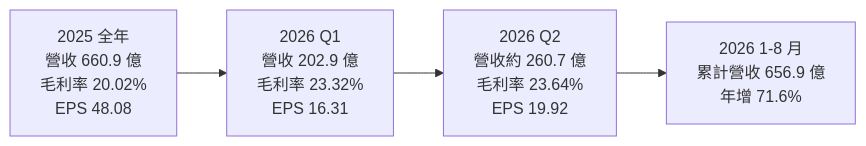
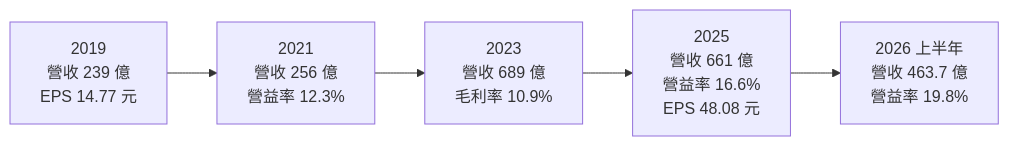
The third of 4 diagrams in 個股/台股/2404漢唐.md (wangnick1004/taiwan-stock-vault), drawn with Mermaid before and after one commit. The commit also changed other lines of this file and 19 other files, not shown here.

````diff
--- a/個股/台股/2404漢唐.md
+++ b/個股/台股/2404漢唐.md
@@ -135,4 +141,4 @@
 ```mermaid
 flowchart LR
-    Y["2025 全年<br/>營收 660.9 億<br/>毛利率 20.02%<br/>EPS 48.08"] --> Q1["2026 Q1<br/>營收 202.9 億<br/>毛利率 23.32%<br/>EPS 16.31"] --> Q2["2026 Q2<br/>營收約 260.7 億<br/>毛利率 23.64%<br/>EPS 19.92"] --> M["2026 1-8 月<br/>累計營收 656.9 億<br/>年增 71.6%"]
+    Y19["2019<br/>營收 239 億<br/>EPS 14.77 元"] --> Y21["2021<br/>營收 256 億<br/>營益率 12.3%"] --> Y23["2023<br/>營收 689 億<br/>毛利率 10.9%"] --> Y25["2025<br/>營收 661 億<br/>營益率 16.6%<br/>EPS 48.08 元"] --> H26["2026 上半年<br/>營收 463.7 億<br/>營益率 19.8%"]
 ```
````
